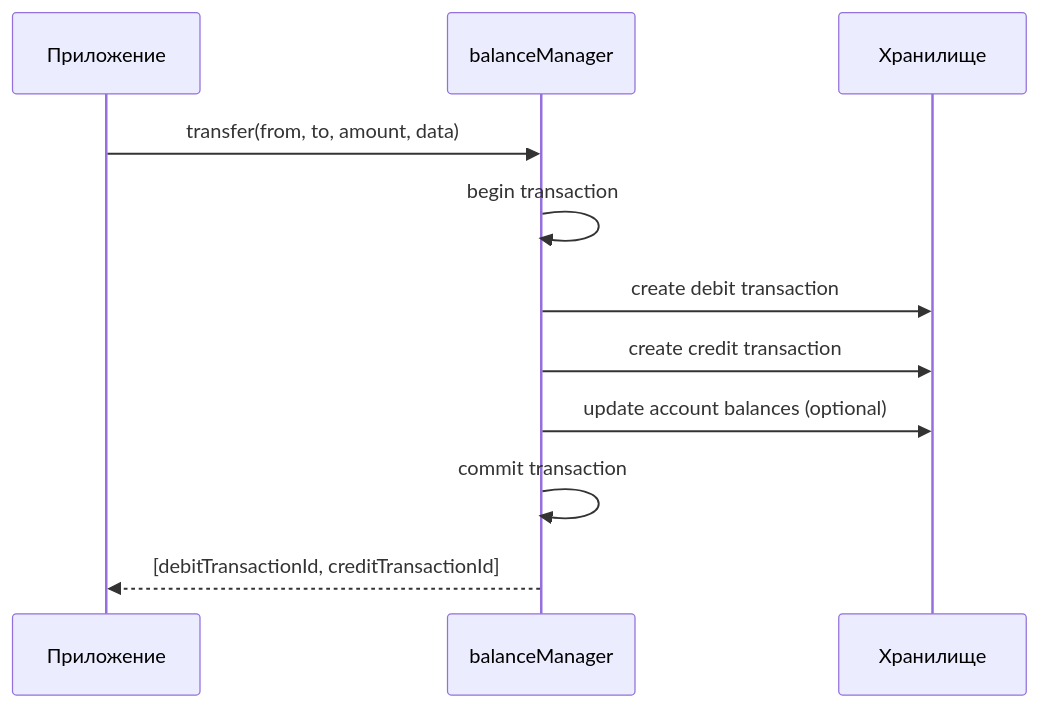
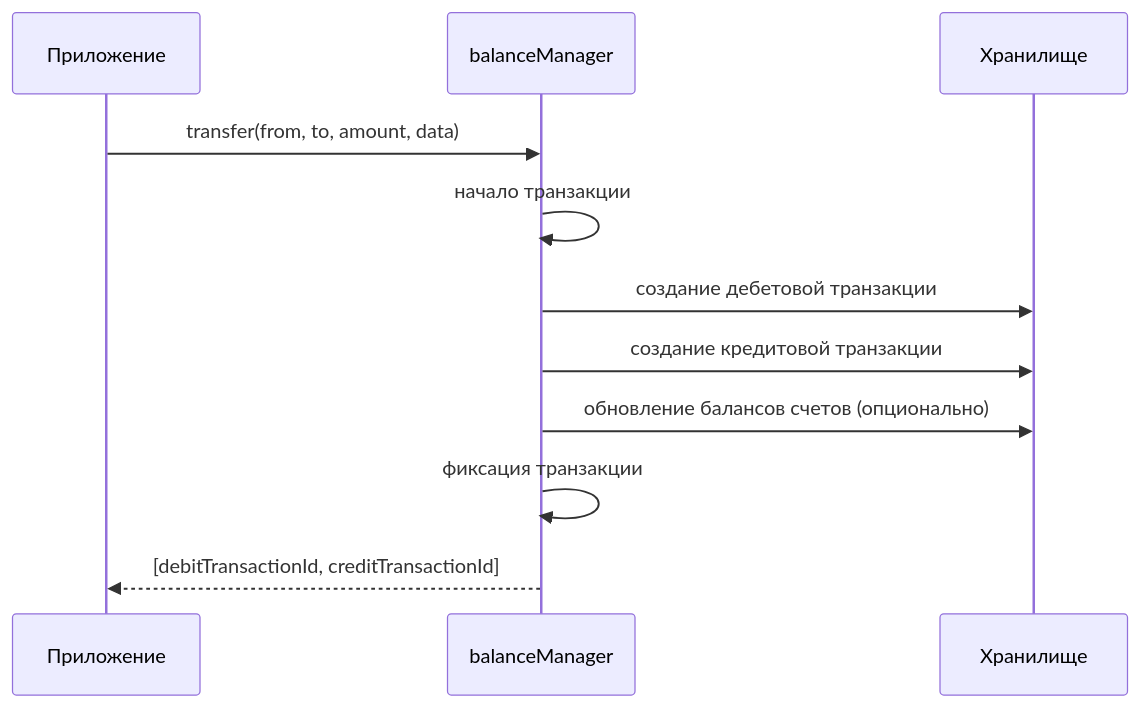
One commit to nazbav/yii2-account-balance changed the second of 3 diagrams in README.md. Above: the diagram before and after it, drawn with Mermaid. The commit also changed other lines of this file and 18 other files, not shown here.

````diff
--- a/README.md
+++ b/README.md
@@ -71,14 +71,14 @@
 ```mermaid
 sequenceDiagram
     participant App as Приложение
     participant M as balanceManager
     participant DB as Хранилище
 
     App->>M: transfer(from, to, amount, data)
-    M->>M: begin transaction
-    M->>DB: create debit transaction
-    M->>DB: create credit transaction
-    M->>DB: update account balances (optional)
-    M->>M: commit transaction
+    M->>M: начало транзакции
+    M->>DB: создание дебетовой транзакции
+    M->>DB: создание кредитовой транзакции
+    M->>DB: обновление балансов счетов (опционально)
+    M->>M: фиксация транзакции
     M-->>App: [debitTransactionId, creditTransactionId]
 ```
````
